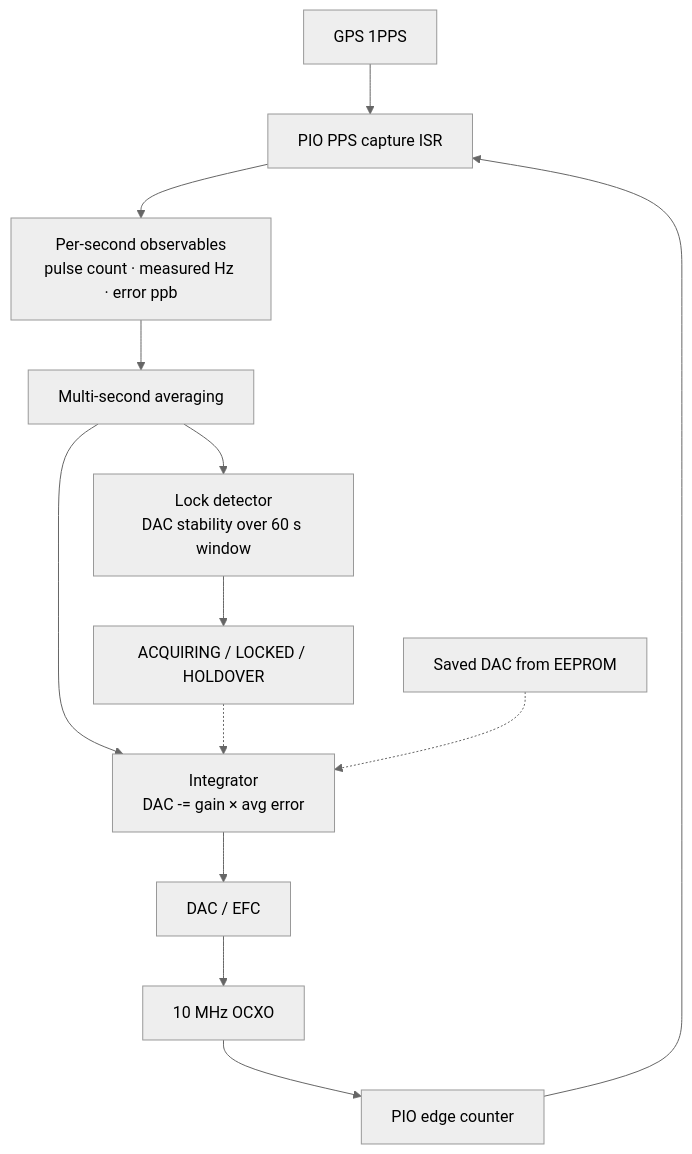
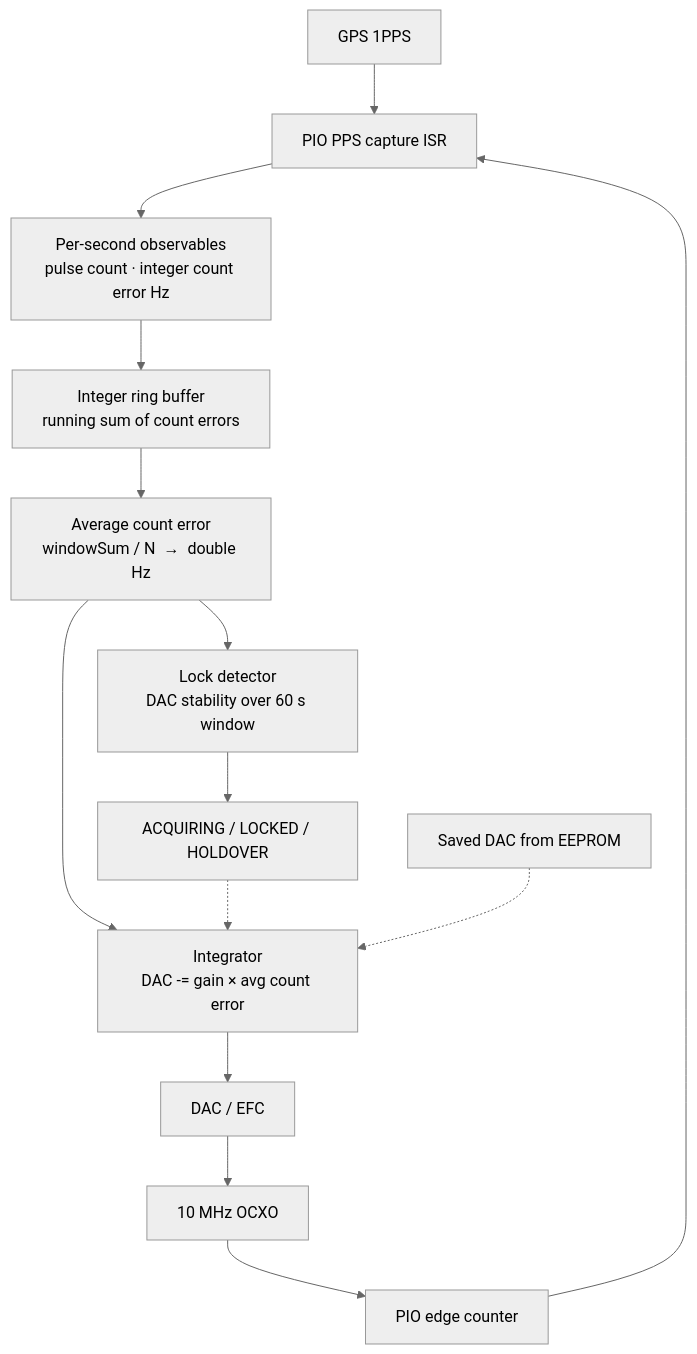
The diagram in REFERENCE_LOCKING_README.md (rszemeti/Twin-PLL-GPSDO), drawn with Mermaid (neutral theme) before and after one commit. The commit also changed other lines of this file, not shown here.

First line of the commit message:
Update REFERENCE_LOCKING_README for integer count accumulator architecture

````diff
--- a/REFERENCE_LOCKING_README.md
+++ b/REFERENCE_LOCKING_README.md
@@ -26,22 +27,25 @@
 ```mermaid
 flowchart TD
     GPS[GPS 1PPS] --> PPS[PIO PPS capture ISR]
     OCXO[10 MHz OCXO] --> EDGE[PIO edge counter]
     EDGE --> PPS
 
     PPS --> OBS[Per-second observables
-pulse count · measured Hz · error ppb]
+pulse count · integer count error Hz]
 
-    OBS --> AVG[Multi-second averaging]
+    OBS --> RING[Integer ring buffer
+running sum of count errors]
+    RING --> AVG[Average count error
+windowSum / N  →  double Hz]
     AVG --> INT[Integrator
-DAC -= gain × avg error]
+DAC -= gain × avg count error]
     INT --> DAC[DAC / EFC]
     DAC --> OCXO
 
     AVG --> LOCK[Lock detector
 DAC stability over 60 s window]
     LOCK --> STATE[ACQUIRING / LOCKED / HOLDOVER]
     STATE -.-> INT
 
     EEPROM[Saved DAC from EEPROM] -.-> INT
 ```
````
